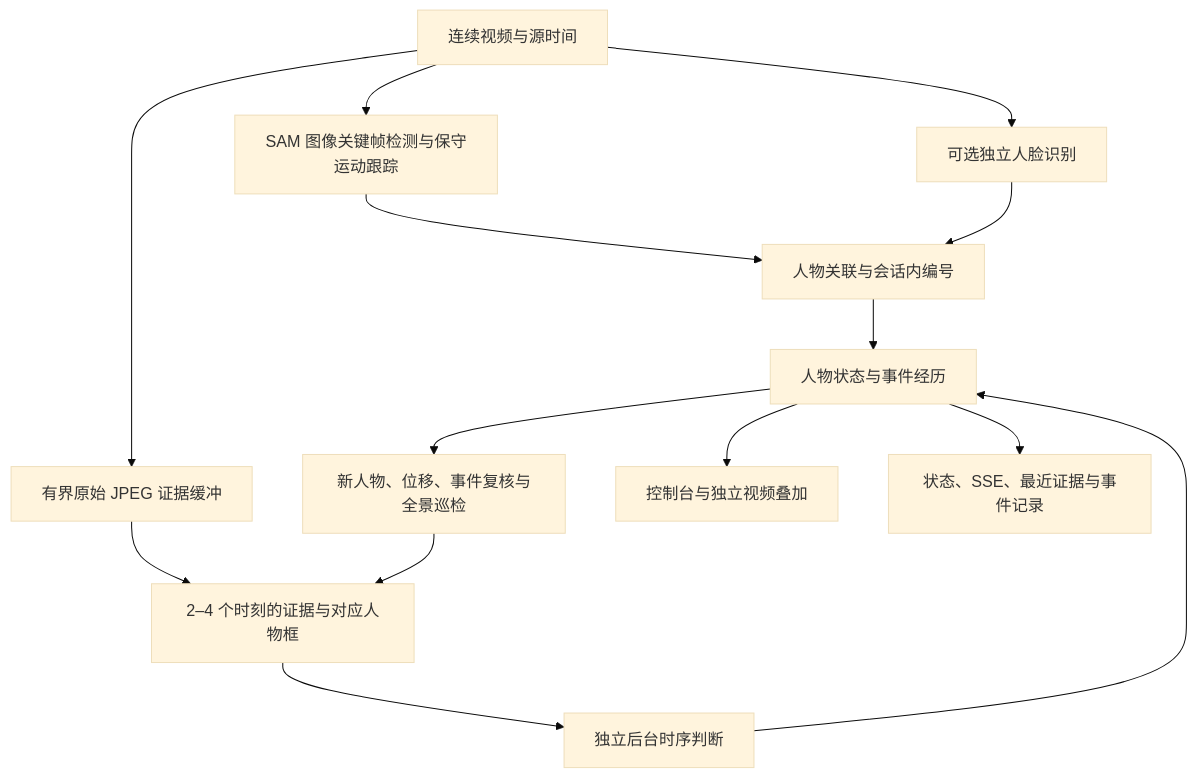
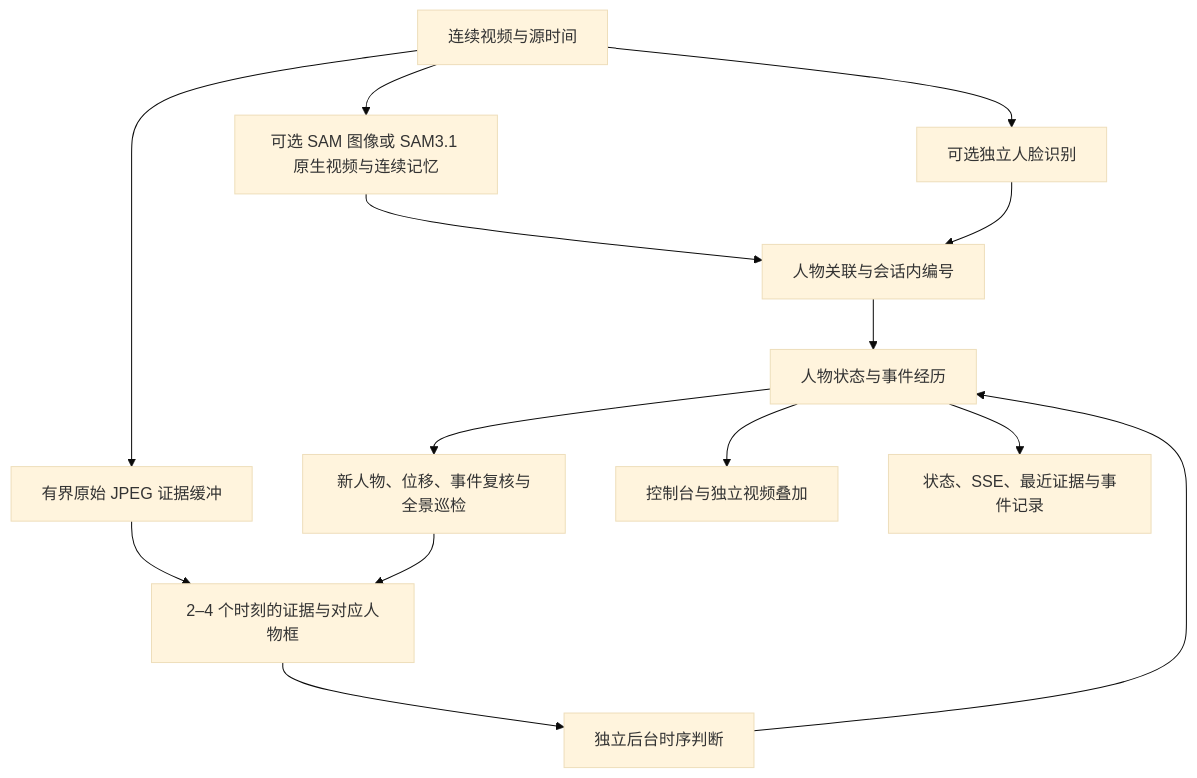
One commit to Numaira-Technology/goodvision-harness changed the diagram in docs/architecture/entity-event-engine.md. Above: the diagram before and after it, drawn with Mermaid (base theme). The commit also changed other lines of this file and 43 other files, not shown here.

Commit message:
Add bounded SAM 3.1 continuous tracking and source-backed event integration

````diff
--- a/docs/architecture/entity-event-engine.md
+++ b/docs/architecture/entity-event-engine.md
@@ -27,16 +30,16 @@
 ```mermaid
 flowchart TD
-    Source[连续视频与源时间] --> SAM[SAM 图像关键帧检测与保守运动跟踪]
+    Source[连续视频与源时间] --> SAM[可选 SAM 图像或 SAM3.1 原生视频与连续记忆]
     Source --> Buffer[有界原始 JPEG 证据缓冲]
     Source --> Face[可选独立人脸识别]
     SAM --> Registry[人物关联与会话内编号]
     Face --> Registry
     Registry --> Scene[人物状态与事件经历]
     Scene --> Planner[新人物、位移、事件复核与全景巡检]
     Buffer --> Job[2–4 个时刻的证据与对应人物框]
     Planner --> Job
     Job --> VLM[独立后台时序判断]
     VLM --> Scene
     Scene --> UI[控制台与独立视频叠加]
     Scene --> API[状态、SSE、最近证据与事件记录]
 ```
````
